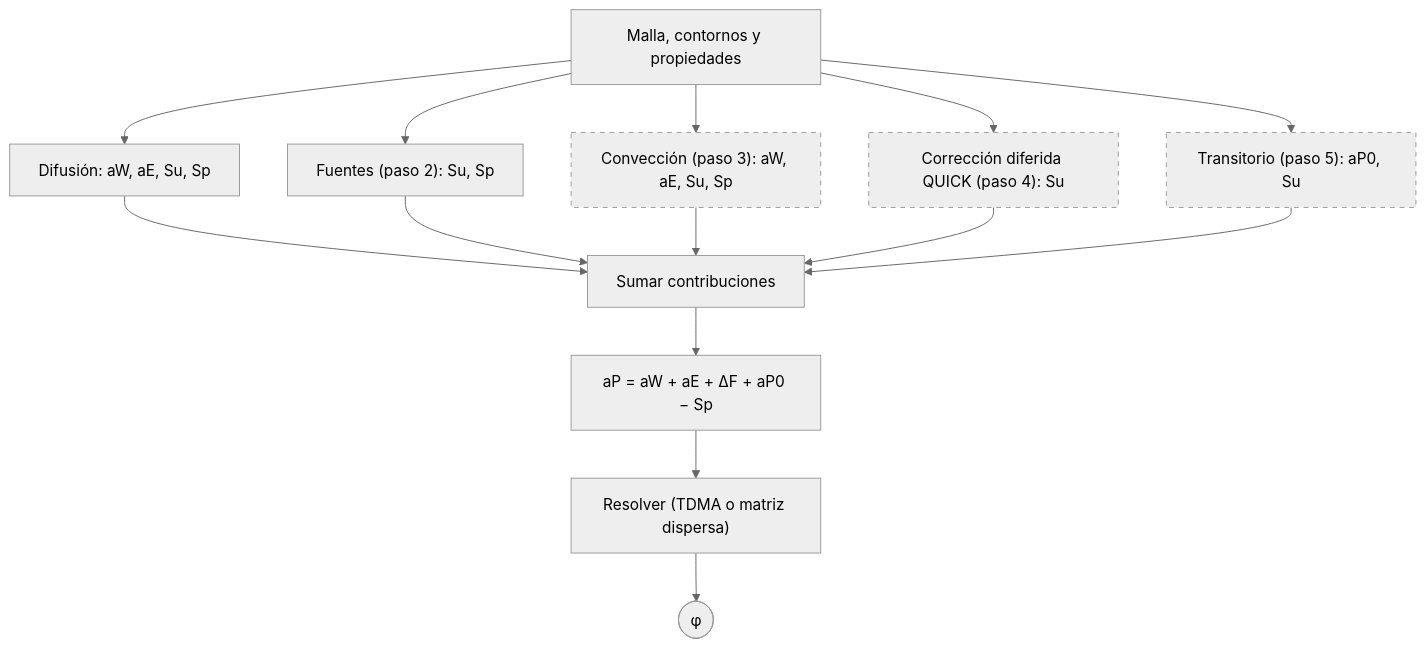
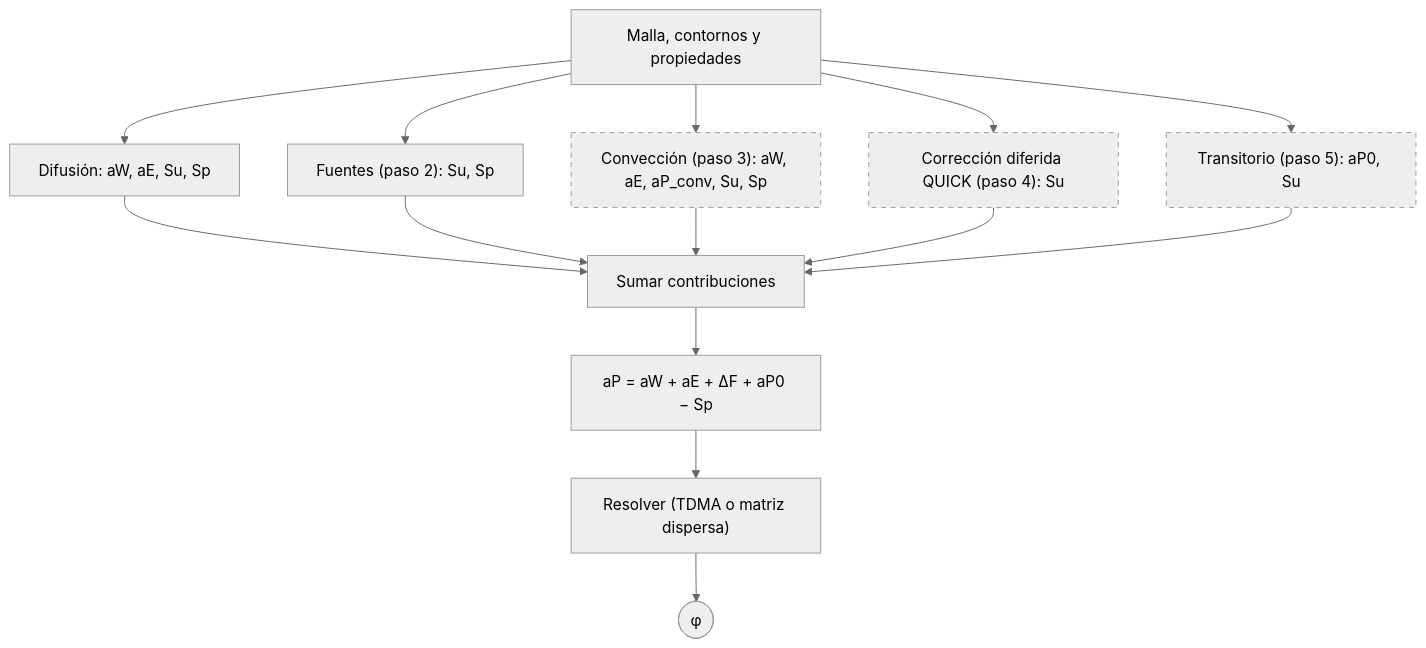
The third of 3 diagrams in docs/diseno.md (nicovarelaboo/versteeg-fvm), drawn with Mermaid (neutral theme) before and after one commit. The commit also changed other lines of this file, not shown here.

Commit message:
docs(diseno): añade la convección y su contribución aP_conv

````diff
--- a/docs/diseno.md
+++ b/docs/diseno.md
@@ -139,19 +143,19 @@
 ```mermaid
 flowchart TD
     M["Malla, contornos y propiedades"] --> T1["Difusión: aW, aE, Su, Sp"]
     M --> T2["Fuentes (paso 2): Su, Sp"]
-    M --> T3["Convección (paso 3): aW, aE, Su, Sp"]
+    M --> T3["Convección (paso 3): aW, aE, aP_conv, Su, Sp"]
     M --> T4["Corrección diferida QUICK (paso 4): Su"]
     M --> T5["Transitorio (paso 5): aP0, Su"]
     T1 --> S["Sumar contribuciones"]
     T2 --> S
     T3 --> S
     T4 --> S
     T5 --> S
     S --> P["aP = aW + aE + ΔF + aP0 − Sp"]
     P --> R["Resolver (TDMA o matriz dispersa)"]
     R --> X(["φ"])
 
     classDef futuro stroke-dasharray: 5 5
     class T3,T4,T5 futuro
 ```
````
